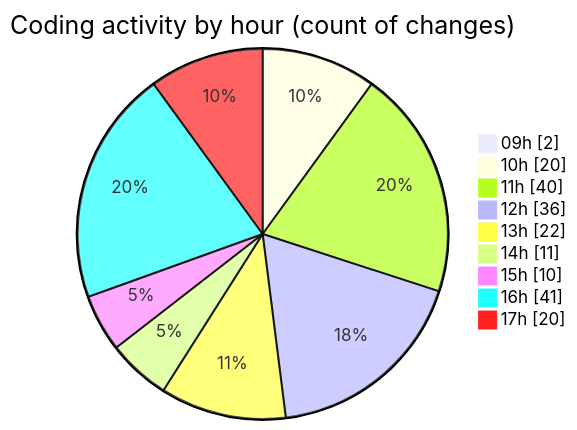
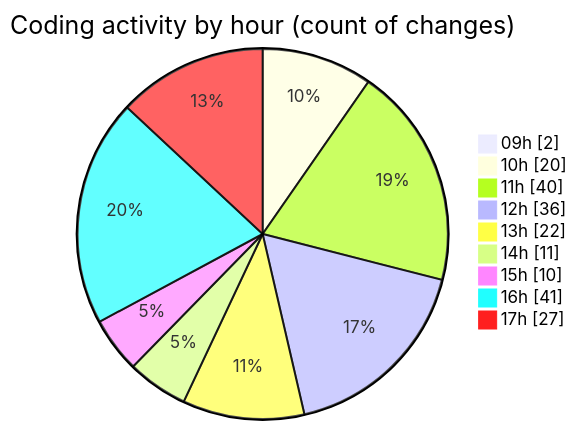
The second of 2 diagrams in 2025-06-13/cda/README.md (momahboobian/code-tracking), drawn with Mermaid before and after one commit. The commit also changed other lines of this file and 1 other file, not shown here.

````diff
--- a/2025-06-13/cda/README.md
+++ b/2025-06-13/cda/README.md
@@ -49,13 +50,13 @@
 ```mermaid
 pie showData
 title Coding activity by hour (count of changes)
 "09h" : 2
 "10h" : 20
 "11h" : 40
 "12h" : 36
 "13h" : 22
 "14h" : 11
 "15h" : 10
 "16h" : 41
-"17h" : 20
+"17h" : 27
 ```
````
